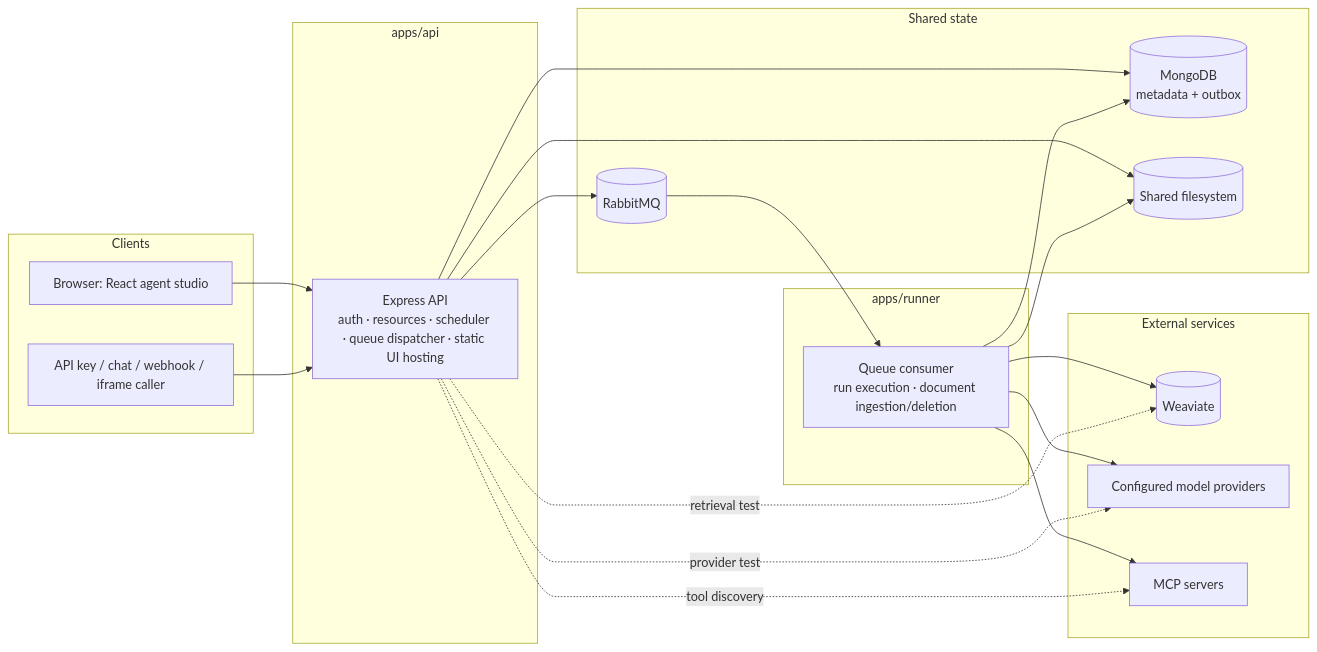
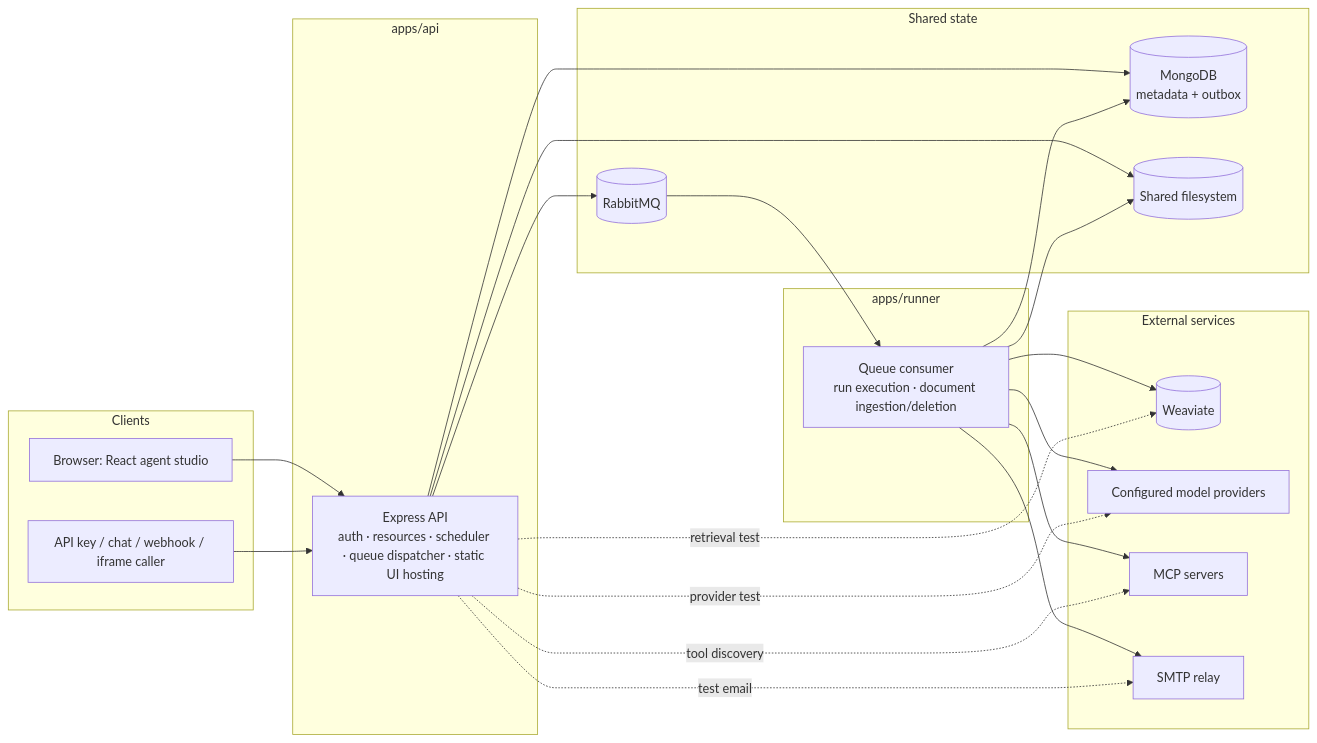
The second of 6 diagrams in README.md (deepfinery/OpenHarness), drawn with Mermaid before and after one commit. The commit also changed other lines of this file and 3 other files, not shown here.

````diff
--- a/README.md
+++ b/README.md
@@ -149,42 +177,45 @@
 ```mermaid
 flowchart LR
   subgraph Clients
     Browser[Browser: React agent studio]
     External[API key / chat / webhook / iframe caller]
   end
 
   subgraph "apps/api"
     API[Express API<br/>auth · resources · scheduler · queue dispatcher · static UI hosting]
   end
 
   subgraph "Shared state"
     Mongo[(MongoDB<br/>metadata + outbox)]
     MQ[(RabbitMQ)]
     Files[(Shared filesystem)]
   end
 
   subgraph "apps/runner"
     Runner[Queue consumer<br/>run execution · document ingestion/deletion]
   end
 
   subgraph "External services"
     Vector[(Weaviate)]
     LLM[Configured model providers]
     MCP[MCP servers]
+    SMTP[SMTP relay]
   end
 
   Browser --> API
   External --> API
   API --> Mongo
   API --> MQ
   API --> Files
   MQ --> Runner
   Runner --> Mongo
   Runner --> Files
   Runner --> Vector
   Runner --> LLM
   Runner --> MCP
+  Runner --> SMTP
   API -. provider test .-> LLM
   API -. tool discovery .-> MCP
   API -. retrieval test .-> Vector
+  API -. test email .-> SMTP
 ```
````
